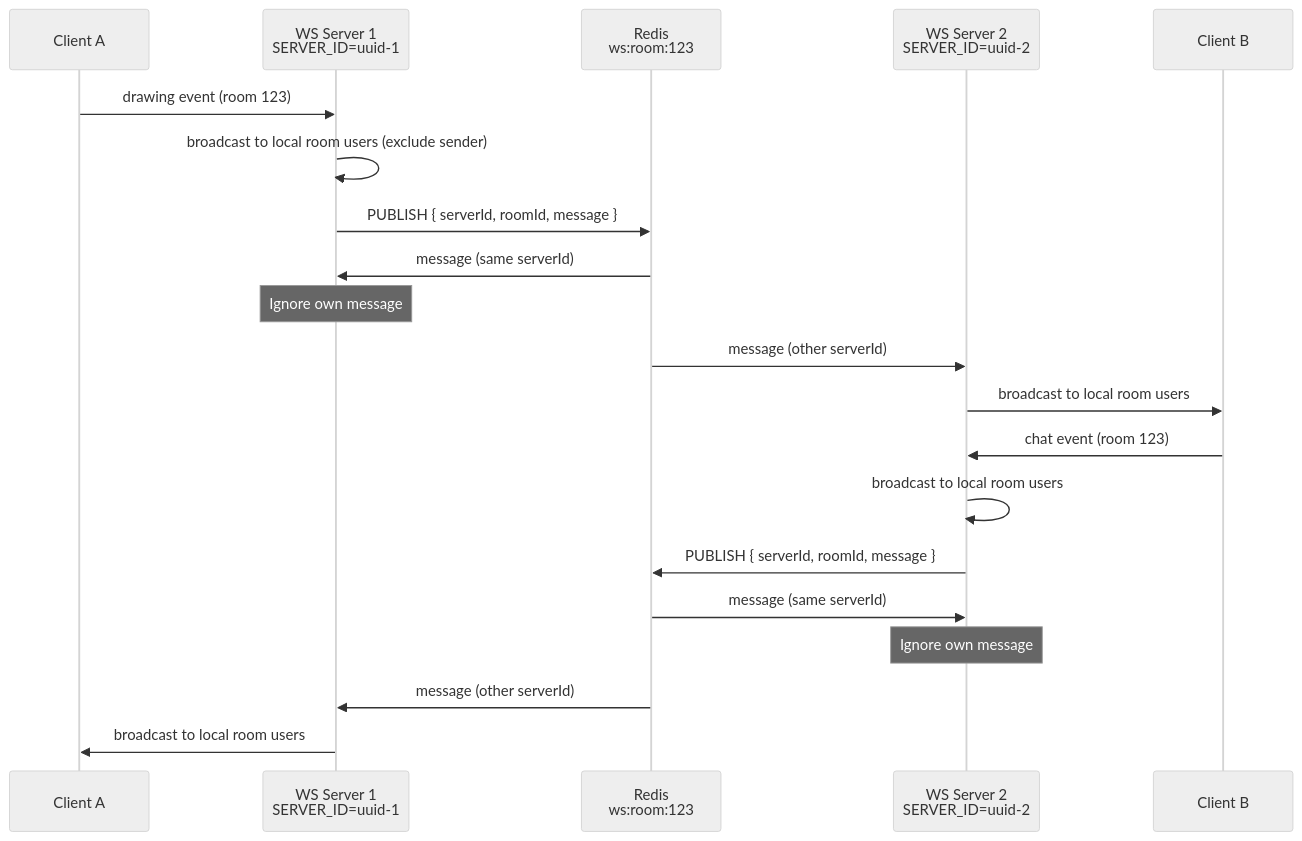
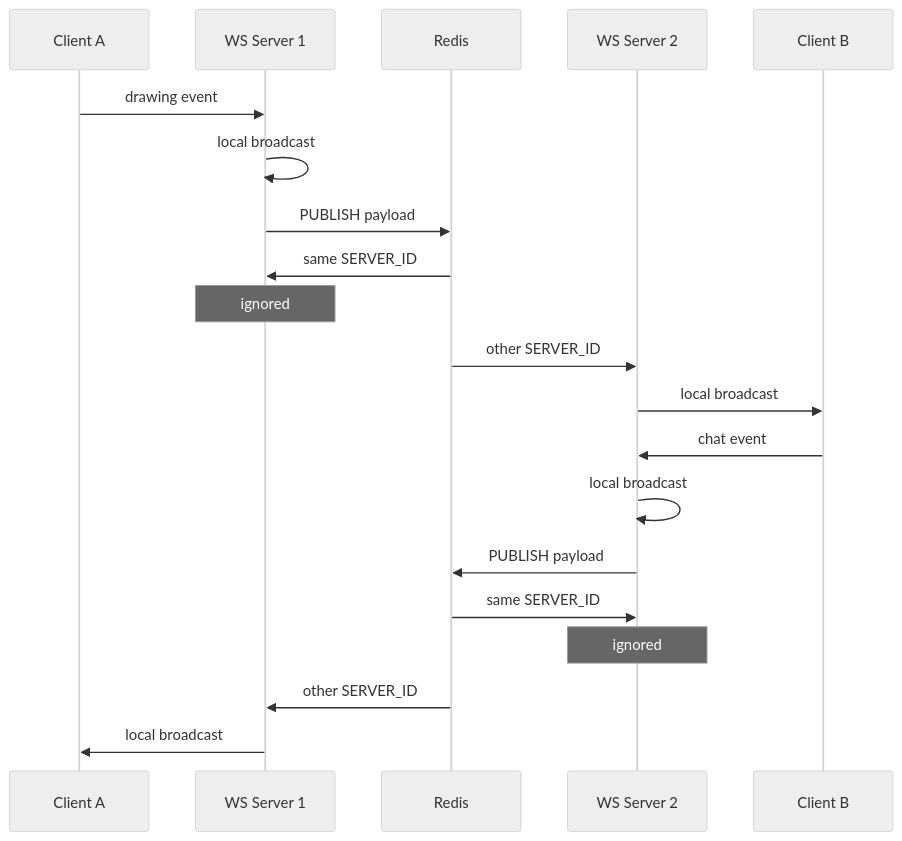
Before and after one commit to shivamkr082003/draw-app: the fifth of 12 diagrams in README.md, drawn with Mermaid (neutral theme). The commit also changed other lines of this file, not shown here.

Commit message:
docs: improve README and diagrams

````diff
--- a/README.md
+++ b/README.md
@@ -192,24 +256,24 @@
 ```mermaid
 sequenceDiagram
     participant A as Client A
-    participant WS1 as WS Server 1<br/>SERVER_ID=uuid-1
-    participant RD as Redis<br/>ws:room:123
-    participant WS2 as WS Server 2<br/>SERVER_ID=uuid-2
+    participant W1 as WS Server 1
+    participant R as Redis
+    participant W2 as WS Server 2
     participant B as Client B
 
-    A->>WS1: drawing event (room 123)
-    WS1->>WS1: broadcast to local room users (exclude sender)
-    WS1->>RD: PUBLISH { serverId, roomId, message }
-    RD->>WS1: message (same serverId)
-    Note over WS1: Ignore own message
-    RD->>WS2: message (other serverId)
-    WS2->>B: broadcast to local room users
+    A->>W1: drawing event
+    W1->>W1: local broadcast
+    W1->>R: PUBLISH payload
+    R->>W1: same SERVER_ID
+    Note over W1: ignored
+    R->>W2: other SERVER_ID
+    W2->>B: local broadcast
 
-    B->>WS2: chat event (room 123)
-    WS2->>WS2: broadcast to local room users
-    WS2->>RD: PUBLISH { serverId, roomId, message }
-    RD->>WS2: message (same serverId)
-    Note over WS2: Ignore own message
-    RD->>WS1: message (other serverId)
-    WS1->>A: broadcast to local room users
+    B->>W2: chat event
+    W2->>W2: local broadcast
+    W2->>R: PUBLISH payload
+    R->>W2: same SERVER_ID
+    Note over W2: ignored
+    R->>W1: other SERVER_ID
+    W1->>A: local broadcast
 ```
````
